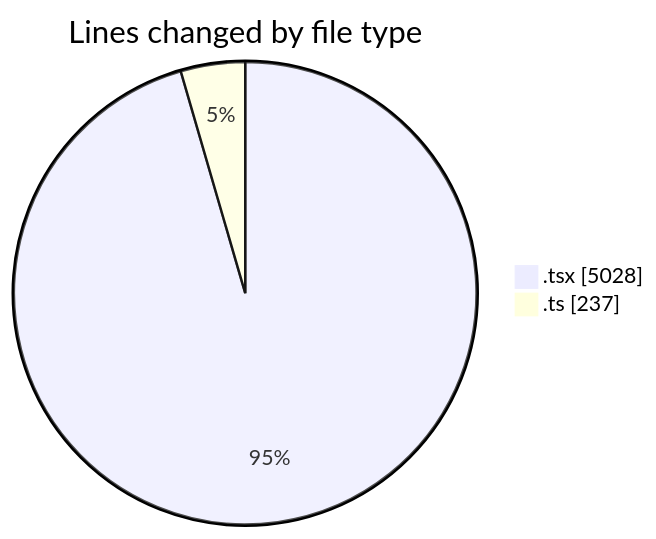
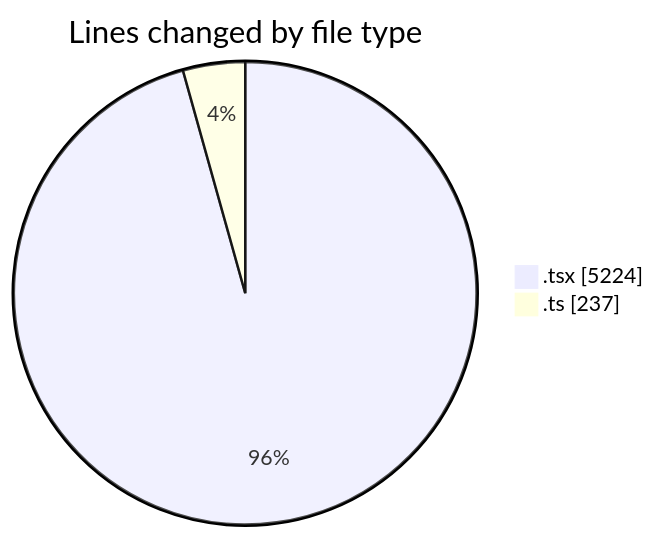
One commit to julien-gomy/code-tracking changed the first of 2 diagrams in 2025-10-13/eventscop-frontend-guide__workspace_/README.md. Above: the diagram before and after it, drawn with Mermaid. The commit also changed other lines of this file and 1 other file, not shown here.

````diff
--- a/2025-10-13/eventscop-frontend-guide__workspace_/README.md
+++ b/2025-10-13/eventscop-frontend-guide__workspace_/README.md
@@ -39,6 +41,6 @@
 ```mermaid
 pie showData
 title Lines changed by file type
-".tsx" : 5028
+".tsx" : 5224
 ".ts" : 237
 ```
````
